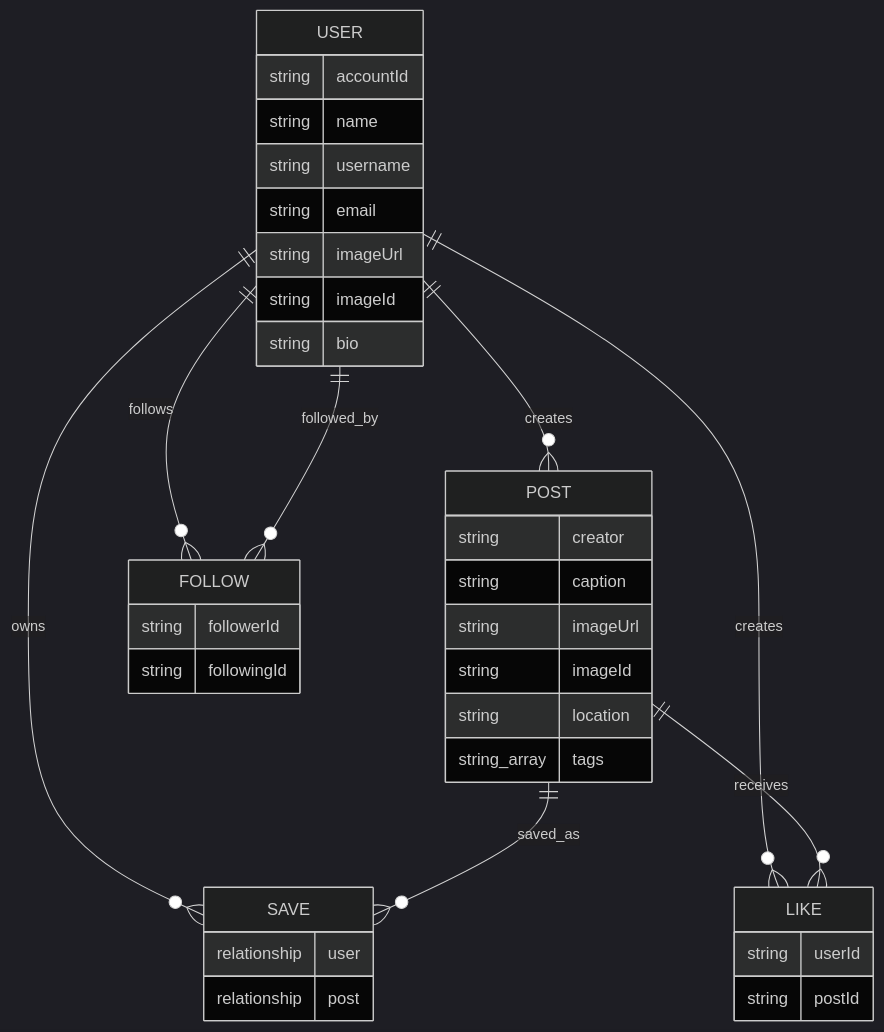
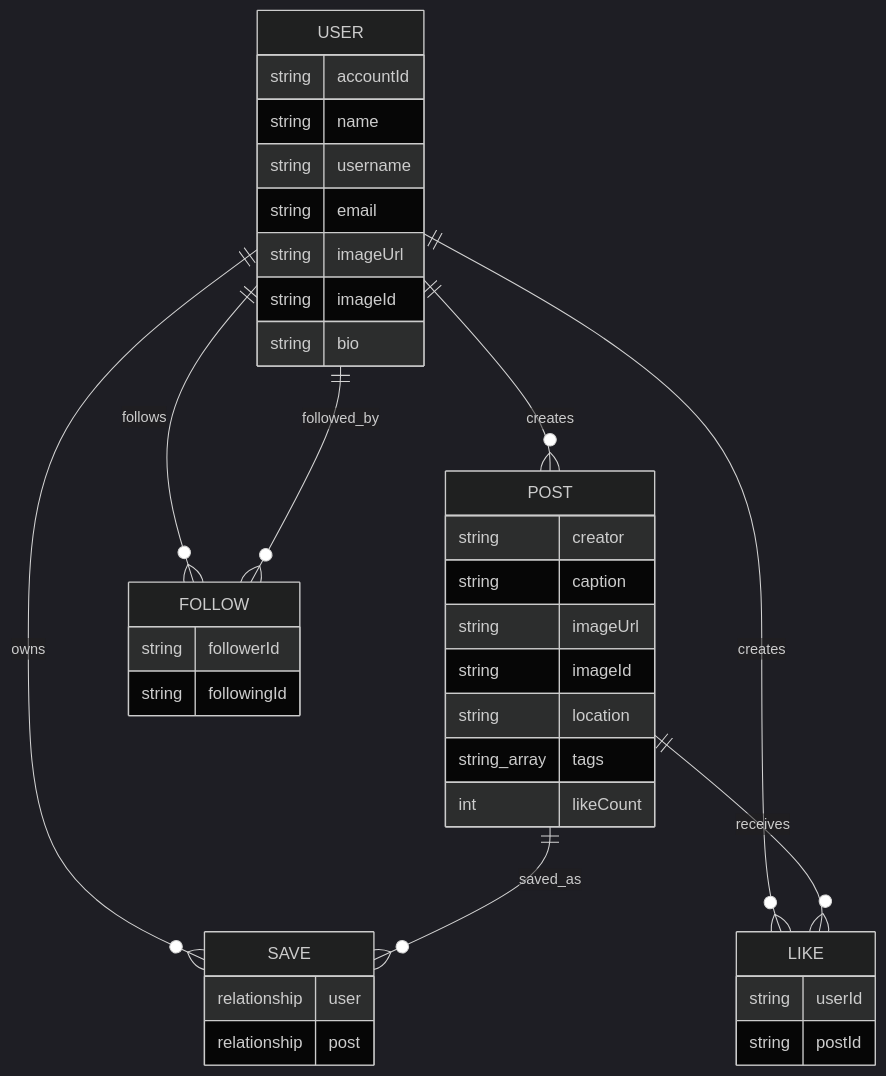
The fourth of 16 diagrams in docs/HLD.md (BINIT-Nayak/Snapgram), drawn with Mermaid (dark theme) before and after one commit. The commit also changed other lines of this file and 22 other files, not shown here.

````diff
--- a/docs/HLD.md
+++ b/docs/HLD.md
@@ -147,44 +147,45 @@
 ```mermaid
 erDiagram
   USER {
     string accountId
     string name
     string username
     string email
     string imageUrl
     string imageId
     string bio
   }
 
   POST {
     string creator
     string caption
     string imageUrl
     string imageId
     string location
     string_array tags
+    int likeCount
   }
 
   SAVE {
     relationship user
     relationship post
   }
 
   LIKE {
     string userId
     string postId
   }
 
   FOLLOW {
     string followerId
     string followingId
   }
 
   USER ||--o{ POST : creates
   USER ||--o{ SAVE : owns
   POST ||--o{ SAVE : saved_as
   USER ||--o{ LIKE : creates
   POST ||--o{ LIKE : receives
   USER ||--o{ FOLLOW : follows
   USER ||--o{ FOLLOW : followed_by
 ```
````
